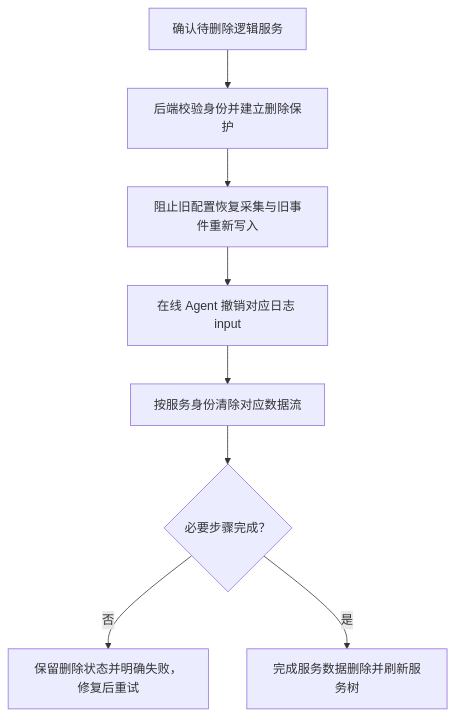
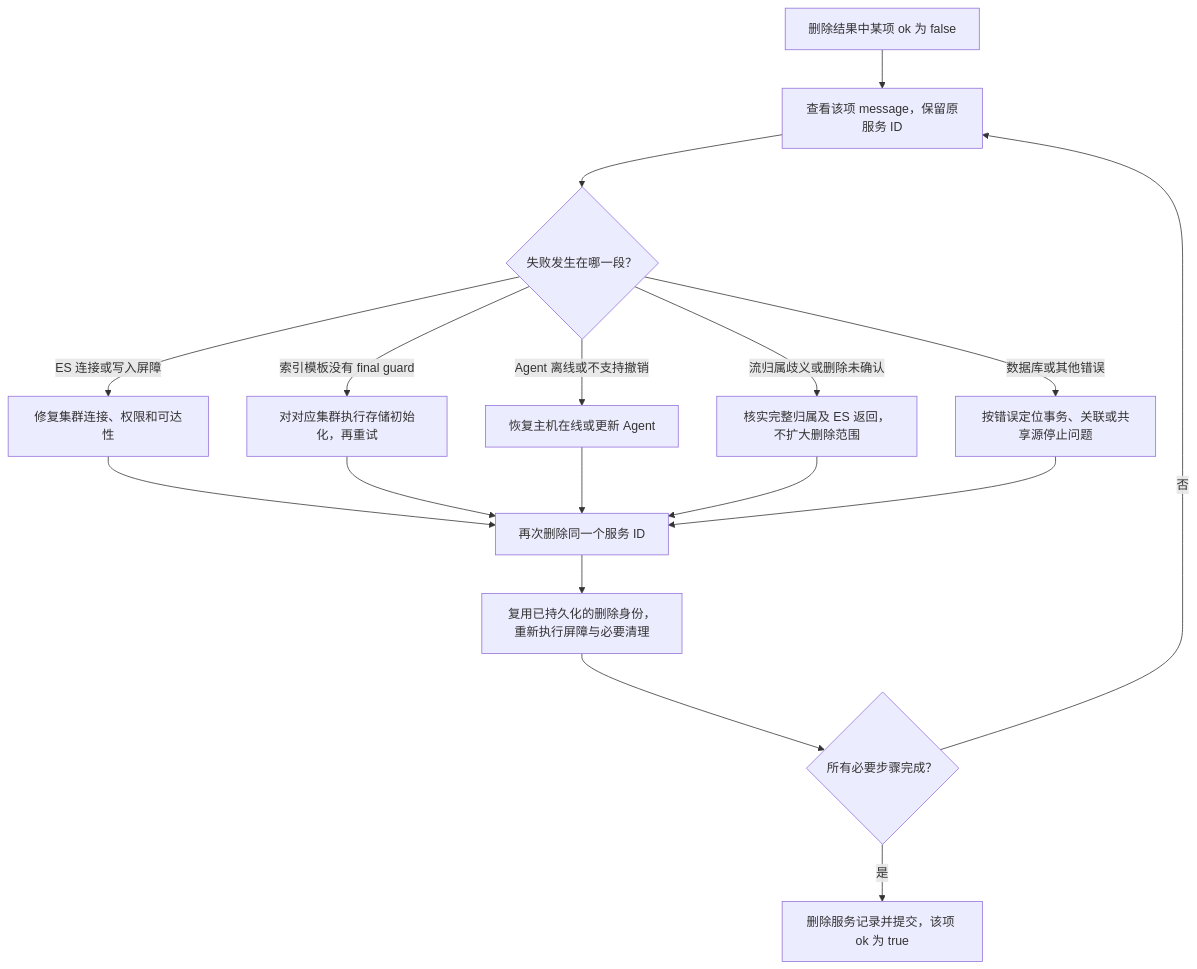
One commit to chlinwei/djadmin changed the fourth of 5 diagrams in docs/architecture/modules/ASSETS.md. Above: the diagram before and after it, drawn with Mermaid. The commit also changed other lines of this file and 54 other files, not shown here.

````diff
--- a/docs/architecture/modules/ASSETS.md
+++ b/docs/architecture/modules/ASSETS.md
@@ -86,10 +132,19 @@
 ```mermaid
 flowchart TD
-    A["确认待删除逻辑服务"] --> B["后端校验身份并建立删除保护"]
-    B --> C["阻止旧配置恢复采集与旧事件重新写入"]
-    C --> D["在线 Agent 撤销对应日志 input"]
-    D --> E["按服务身份清除对应数据流"]
-    E --> F{"必要步骤完成？"}
-    F -->|否| G["保留删除状态并明确失败，修复后重试"]
-    F -->|是| H["完成服务数据删除并刷新服务树"]
+    A["删除结果中某项 ok 为 false"] --> B["查看该项 message，保留原服务 ID"]
+    B --> C{"失败发生在哪一段？"}
+    C -->|ES 连接或写入屏障| D["修复集群连接、权限和可达性"]
+    C -->|索引模板没有 final guard| E["对对应集群执行存储初始化，再重试"]
+    C -->|Agent 离线或不支持撤销| F["恢复主机在线或更新 Agent"]
+    C -->|流归属歧义或删除未确认| G["核实完整归属及 ES 返回，不扩大删除范围"]
+    C -->|数据库或其他错误| H["按错误定位事务、关联或共享源停止问题"]
+    D --> I["再次删除同一个服务 ID"]
+    E --> I
+    F --> I
+    G --> I
+    H --> I
+    I --> J["复用已持久化的删除身份，重新执行屏障与必要清理"]
+    J --> K{"所有必要步骤完成？"}
+    K -->|否| B
+    K -->|是| L["删除服务记录并提交，该项 ok 为 true"]
 ```
````
